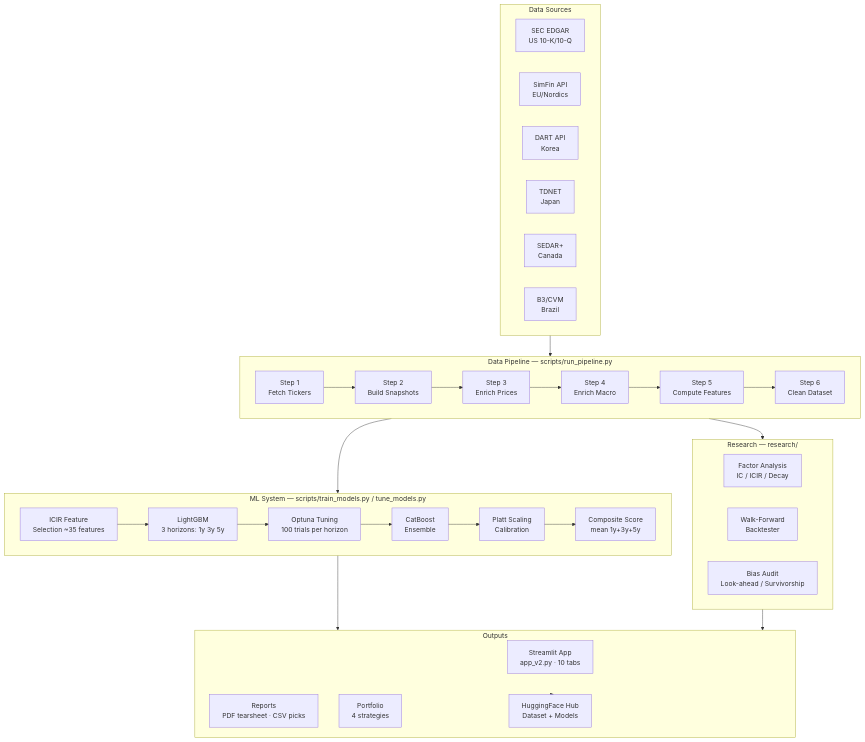
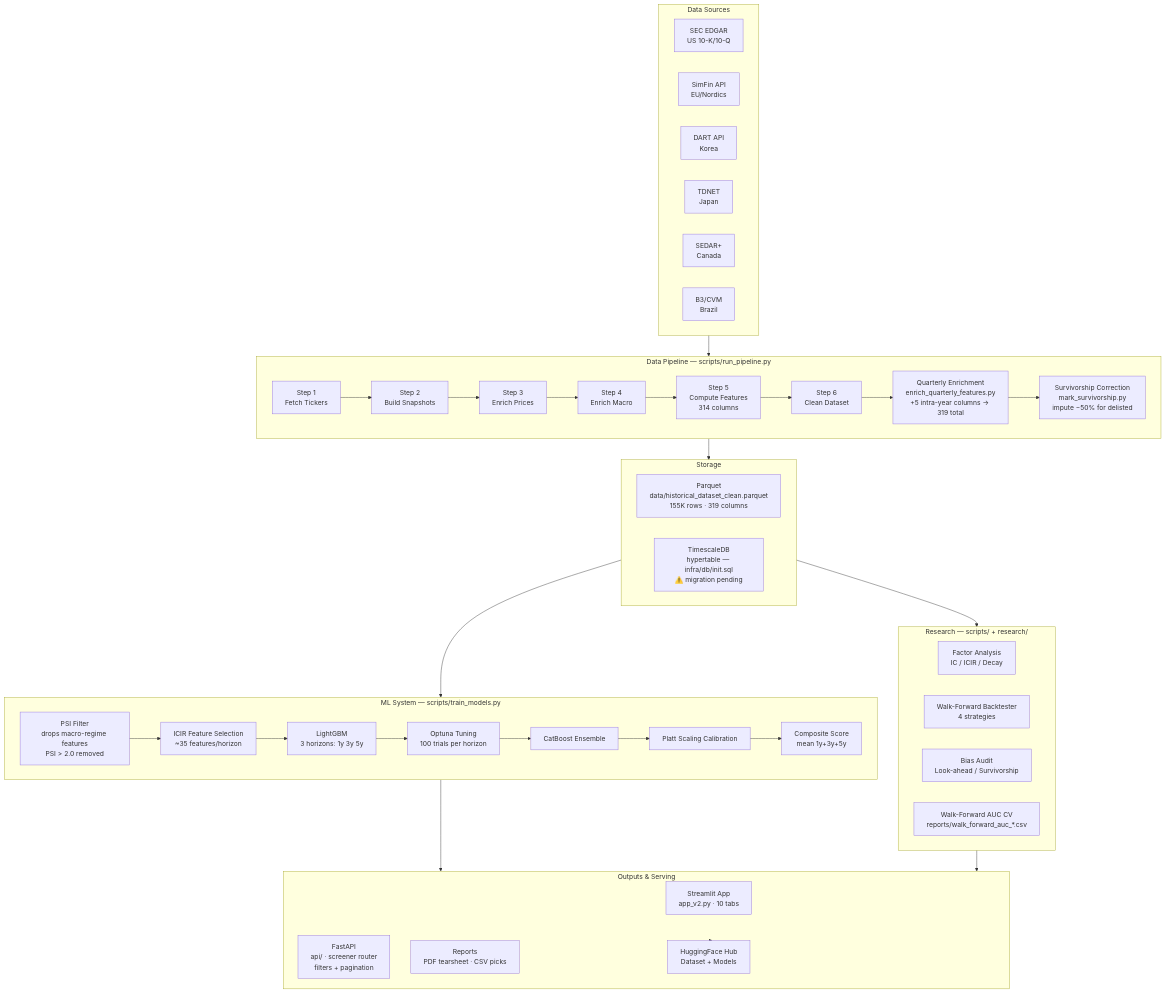
Before and after one commit to sherlock718/stock-fraud-screener: the first of 3 diagrams in docs/architecture.md, drawn with Mermaid. The commit also changed other lines of this file and 4 other files, not shown here.

First line of the commit message:
docs(process): add CLAUDE.md change checklist, sync all architecture diagrams

````diff
--- a/docs/architecture.md
+++ b/docs/architecture.md
@@ -7,51 +7,61 @@
 ```mermaid
 graph TB
     subgraph Sources["Data Sources"]
         A1[SEC EDGAR<br/>US 10-K/10-Q]
         A2[SimFin API<br/>EU/Nordics]
         A3[DART API<br/>Korea]
         A4[TDNET<br/>Japan]
         A5[SEDAR+<br/>Canada]
         A6[B3/CVM<br/>Brazil]
     end
 
     subgraph Pipeline["Data Pipeline — scripts/run_pipeline.py"]
         B1[Step 1<br/>Fetch Tickers]
         B2[Step 2<br/>Build Snapshots]
         B3[Step 3<br/>Enrich Prices]
         B4[Step 4<br/>Enrich Macro]
-        B5[Step 5<br/>Compute Features]
+        B5[Step 5<br/>Compute Features<br/>314 columns]
         B6[Step 6<br/>Clean Dataset]
-        B1 --> B2 --> B3 --> B4 --> B5 --> B6
+        B7[Quarterly Enrichment<br/>enrich_quarterly_features.py<br/>+5 intra-year columns → 319 total]
+        B8[Survivorship Correction<br/>mark_survivorship.py<br/>impute −50% for delisted]
+        B1 --> B2 --> B3 --> B4 --> B5 --> B6 --> B7 --> B8
     end
 
-    subgraph ML["ML System — scripts/train_models.py / tune_models.py"]
-        C1[ICIR Feature<br/>Selection ~35 features]
+    subgraph ML["ML System — scripts/train_models.py"]
+        C0[PSI Filter<br/>drops macro-regime features<br/>PSI > 2.0 removed]
+        C1[ICIR Feature Selection<br/>~35 features/horizon]
         C2[LightGBM<br/>3 horizons: 1y 3y 5y]
         C3[Optuna Tuning<br/>100 trials per horizon]
-        C4[CatBoost<br/>Ensemble]
-        C5[Platt Scaling<br/>Calibration]
+        C4[CatBoost Ensemble]
+        C5[Platt Scaling Calibration]
         C6[Composite Score<br/>mean 1y+3y+5y]
-        C1 --> C2 --> C3 --> C4 --> C5 --> C6
+        C0 --> C1 --> C2 --> C3 --> C4 --> C5 --> C6
     end
 
-    subgraph Research["Research — research/"]
+    subgraph Research["Research — scripts/ + research/"]
         D1[Factor Analysis<br/>IC / ICIR / Decay]
-        D2[Walk-Forward<br/>Backtester]
+        D2[Walk-Forward Backtester<br/>4 strategies]
         D3[Bias Audit<br/>Look-ahead / Survivorship]
+        D4[Walk-Forward AUC CV<br/>reports/walk_forward_auc_*.csv]
     end
 
-    subgraph Outputs["Outputs"]
+    subgraph Storage["Storage"]
+        S1[Parquet<br/>data/historical_dataset_clean.parquet<br/>155K rows · 319 columns]
+        S2[TimescaleDB<br/>hypertable — infra/db/init.sql<br/>⚠️ migration pending]
+    end
+
+    subgraph Outputs["Outputs & Serving"]
         E1[Streamlit App<br/>app_v2.py · 10 tabs]
-        E2[Reports<br/>PDF tearsheet · CSV picks]
-        E3[Portfolio<br/>4 strategies]
+        E2[FastAPI<br/>api/ · screener router<br/>filters + pagination]
+        E3[Reports<br/>PDF tearsheet · CSV picks]
         E4[HuggingFace Hub<br/>Dataset + Models]
     end
 
     Sources --> Pipeline
-    Pipeline --> ML
-    Pipeline --> Research
+    Pipeline --> Storage
+    Storage --> ML
+    Storage --> Research
     ML --> Outputs
     Research --> Outputs
     Outputs --> E4
 ```
````
